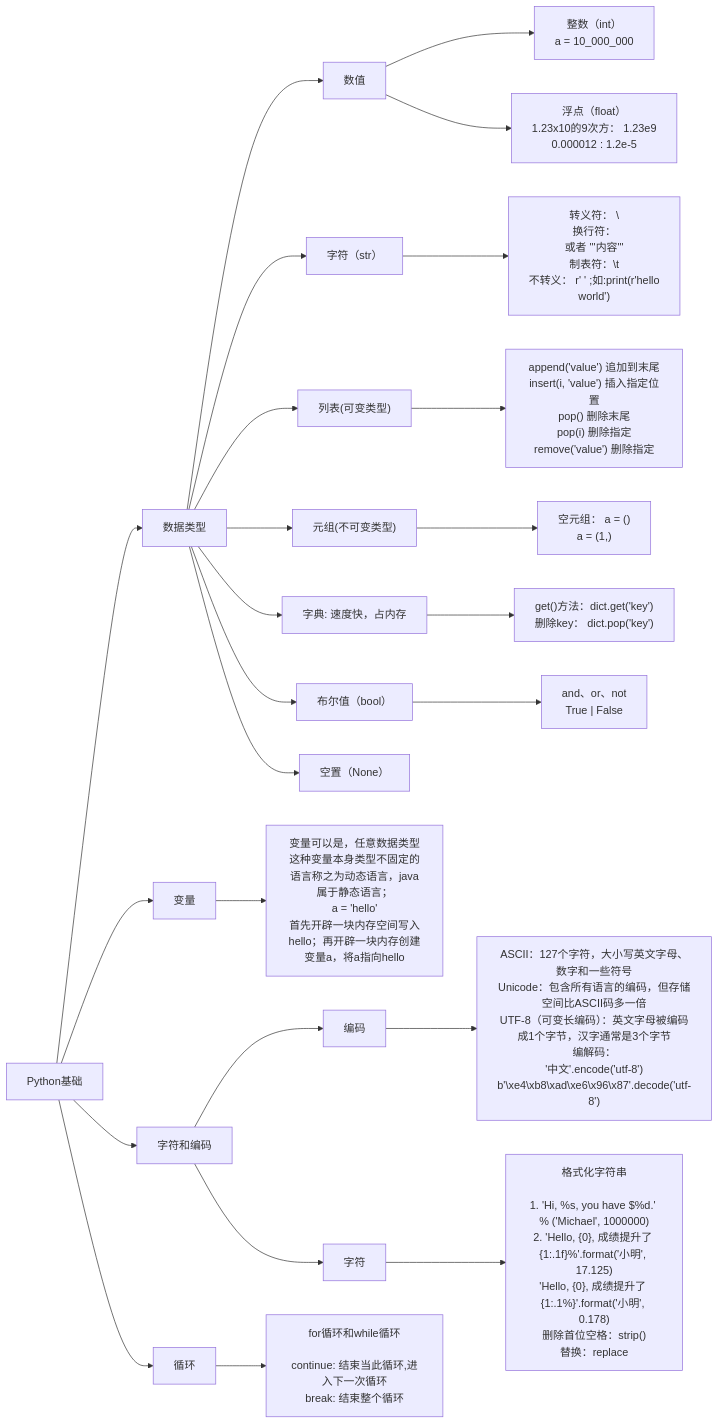
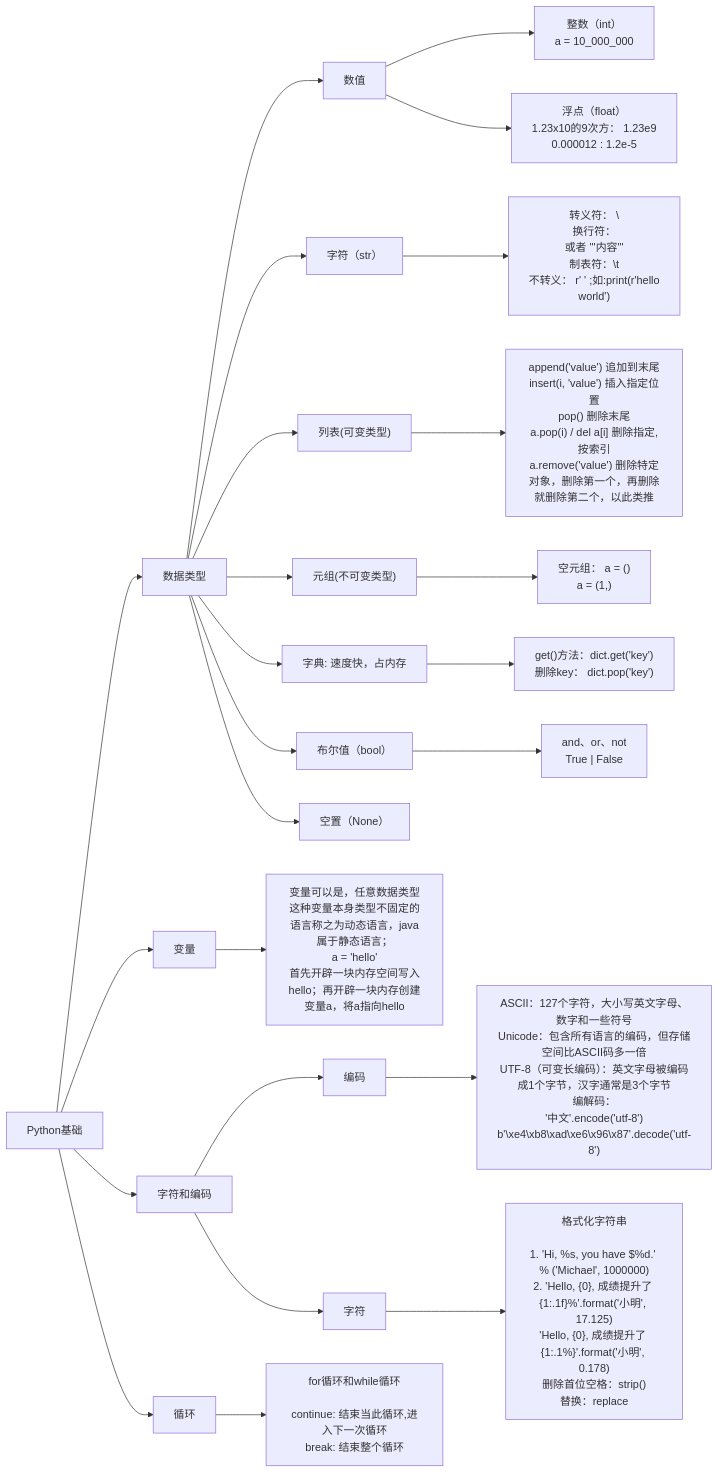
Before and after one commit to tanxw123123/Tech: the first of 7 diagrams in linux/Ronnie/Python.md, drawn with Mermaid. The commit also changed other lines of this file and 26 other files, not shown here.

````diff
--- a/linux/Ronnie/Python.md
+++ b/linux/Ronnie/Python.md
@@ -408,28 +413,28 @@
 ```mermaid
 graph LR;
 A["Python基础"]-->B["数据类型"]
 B-->C["数值"]
 B-->D["字符（str）"]
 B-->R["列表(可变类型)"]
 B-->S["元组(不可变类型)"]
 B-->T["字典: 速度快，占内存"]
-R-->U["append('value') 追加到末尾<br>insert(i, 'value') 插入指定位置<br>pop() 删除末尾<br>pop(i) 删除指定<br>remove('value') 删除指定"]
+R-->U["append('value') 追加到末尾<br>insert(i, 'value') 插入指定位置<br>pop() 删除末尾<br>a.pop(i) / del a[i] 删除指定,按索引<br>a.remove('value') 删除特定对象，删除第一个，再删除就删除第二个，以此类推"]
 S-->V["空元组： a = ()<br> a = (1,)"]
 T-->W["get()方法：dict.get('key')<br>删除key： dict.pop('key')"]
 B-->E["布尔值（bool）"]
 B-->F["空置（None）"]
 C-->G["整数（int）<br>a = 10_000_000"]
 C-->H["浮点（float）<br>1.23x10的9次方： 1.23e9<br>0.000012 : 1.2e-5"]
 D-->I["转义符： \<br>换行符：\n 或者 '''内容'''<br>制表符：\t<br>不转义： r' ' ;如:print(r'hello\nworld')"]
 E-->J["and、or、not<br>True | False"]
 A-->K["变量"]
 K-->L["变量可以是，任意数据类型<br>这种变量本身类型不固定的语言称之为动态语言，java属于静态语言；<br>a = 'hello'<br>首先开辟一块内存空间写入hello；再开辟一块内存创建变量a，将a指向hello"]
 A-->M["字符和编码"]
 M-->N["编码"]
 M-->O["字符"]
 N-->P["ASCII：127个字符，大小写英文字母、数字和一些符号<br>Unicode：包含所有语言的编码，但存储空间比ASCII码多一倍<br>UTF-8（可变长编码）：英文字母被编码成1个字节，汉字通常是3个字节<br>编解码：<br>'中文'.encode('utf-8')<br>b'\xe4\xb8\xad\xe6\x96\x87'.decode('utf-8')"]
 O-->Q["格式化字符串<br><br>1. 'Hi, %s, you have $%d.' % ('Michael', 1000000)<br>2. 'Hello, {0}, 成绩提升了 {1:.1f}%'.format('小明', 17.125)<br>'Hello, {0}, 成绩提升了 {1:.1%}'.format('小明', 0.178)<br>删除首位空格：strip()<br>替换：replace"]
 A-->X["循环"]
 X-->Y["for循环和while循环<br><br>continue: 结束当此循环,进入下一次循环<br>break: 结束整个循环"]
 
 ```
````
